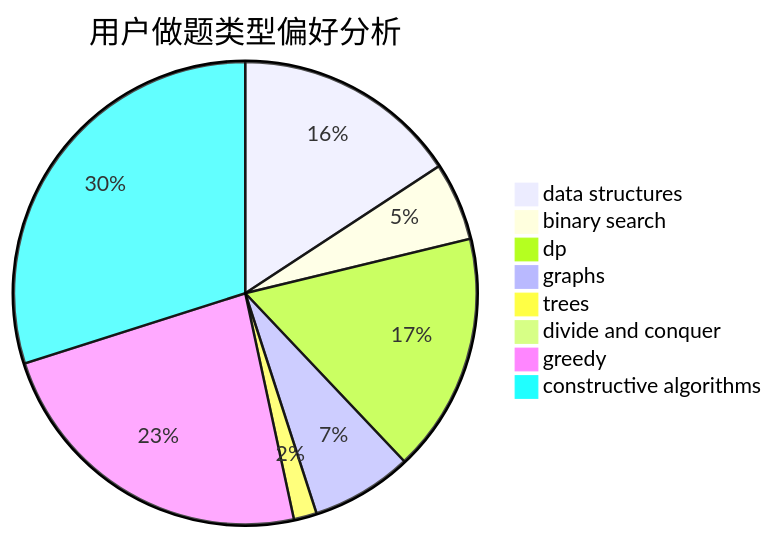
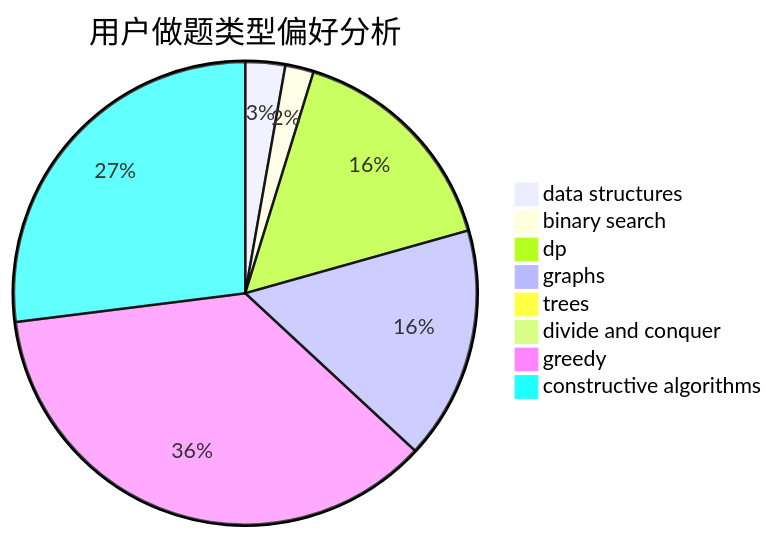
The second of 3 diagrams in docs/user/u1620.md (sherpahu/cfrs.github.io), drawn with Mermaid before and after one commit. The commit also changed other lines of this file and 2770 other files, not shown here.

````diff
--- a/docs/user/u1620.md
+++ b/docs/user/u1620.md
@@ -23,11 +23,11 @@
 ```mermaid
 pie title 用户做题类型偏好分析
-    "data structures" :  49
-    "binary search" :  17
-    "dp" :  52
-    "graphs" :  22
-    "trees" :  5
-    "divide and conquer" :  0
-    "greedy" :  73
-    "constructive algorithms" :  93
+    "data structures" :  7
+    "binary search" :  5
+    "dp" :  40
+    "graphs" :  41
+    "trees" :  2
+    "divide and conquer" :  1
+    "greedy" :  91
+    "constructive algorithms" :  68
 ```
````
